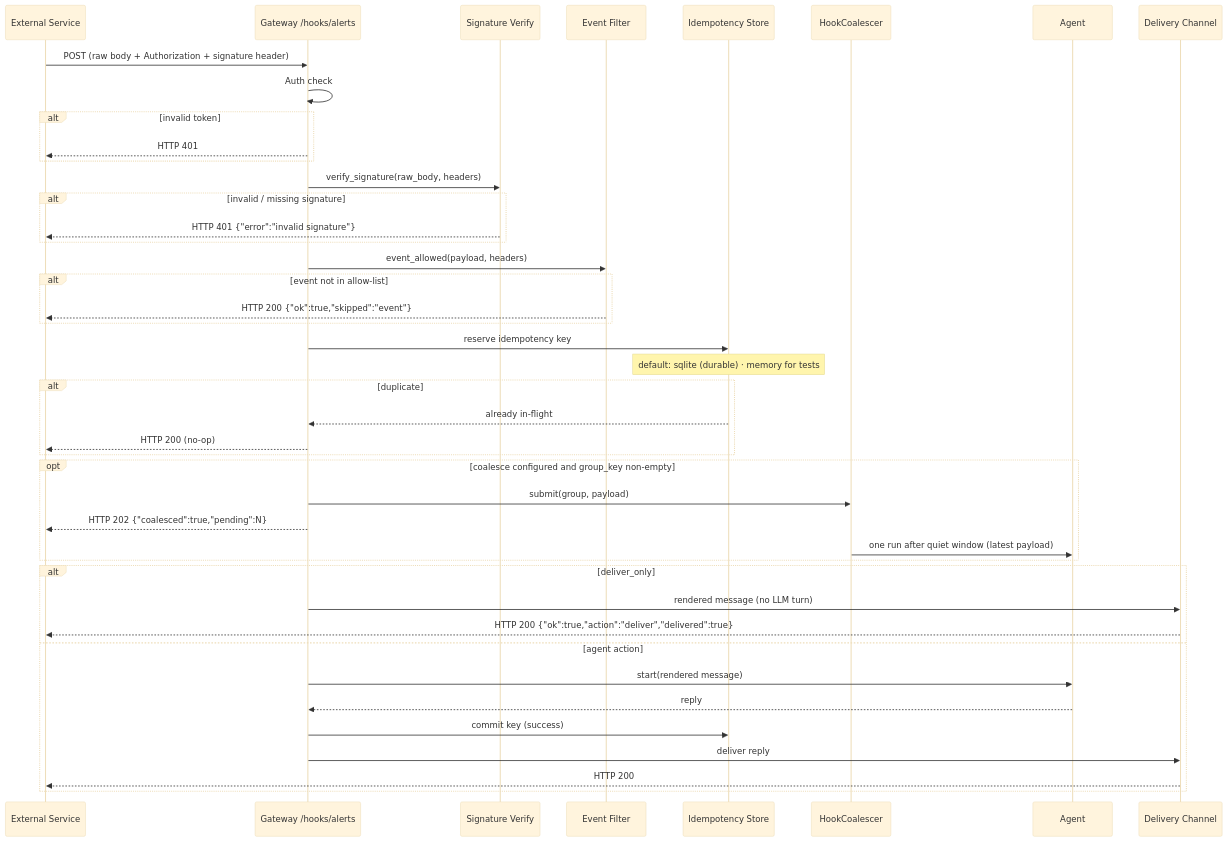
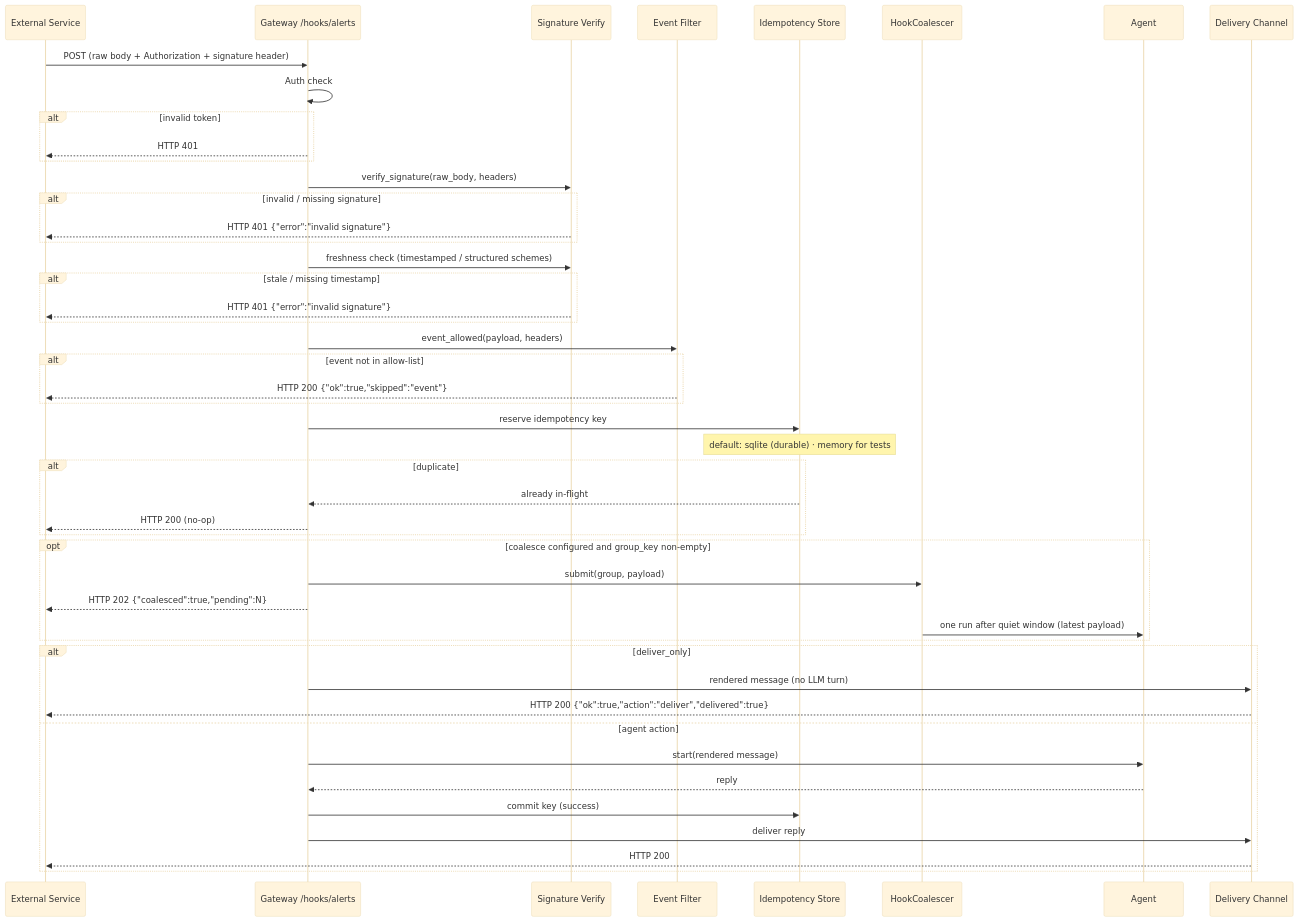
The second of 9 diagrams in docs/features/gateway-hooks.mdx (MervinPraison/PraisonAIDocs), drawn with Mermaid (base theme) before and after one commit. The commit also changed other lines of this file and 2 other files, not shown here.

Commit message:
docs: cover webhook signature schemes + replay window for gateway hooks (fixes #4615)

````diff
--- a/docs/features/gateway-hooks.mdx
+++ b/docs/features/gateway-hooks.mdx
@@ -93,46 +93,50 @@
 ```mermaid
 sequenceDiagram
     participant Ext as External Service
     participant GW as Gateway /hooks/alerts
     participant Sig as Signature Verify
     participant Ev as Event Filter
     participant Dedup as Idempotency Store
     participant Coalescer as HookCoalescer
     participant Agent
     participant Chan as Delivery Channel
 
     Ext->>GW: POST (raw body + Authorization + signature header)
     GW->>GW: Auth check
     alt invalid token
         GW-->>Ext: HTTP 401
     end
     GW->>Sig: verify_signature(raw_body, headers)
     alt invalid / missing signature
+        Sig-->>Ext: HTTP 401 {"error":"invalid signature"}
+    end
+    GW->>Sig: freshness check (timestamped / structured schemes)
+    alt stale / missing timestamp
         Sig-->>Ext: HTTP 401 {"error":"invalid signature"}
     end
     GW->>Ev: event_allowed(payload, headers)
     alt event not in allow-list
         Ev-->>Ext: HTTP 200 {"ok":true,"skipped":"event"}
     end
     GW->>Dedup: reserve idempotency key
     Note over Dedup: default: sqlite (durable) · memory for tests
     alt duplicate
         Dedup-->>GW: already in-flight
         GW-->>Ext: HTTP 200 (no-op)
     end
     opt coalesce configured and group_key non-empty
         GW->>Coalescer: submit(group, payload)
         GW-->>Ext: HTTP 202 {"coalesced":true,"pending":N}
         Coalescer->>Agent: one run after quiet window (latest payload)
     end
     alt deliver_only
         GW->>Chan: rendered message (no LLM turn)
         Chan-->>Ext: HTTP 200 {"ok":true,"action":"deliver","delivered":true}
     else agent action
         GW->>Agent: start(rendered message)
         Agent-->>GW: reply
         GW->>Dedup: commit key (success)
         GW->>Chan: deliver reply
         Chan-->>Ext: HTTP 200
     end
 ```
````
